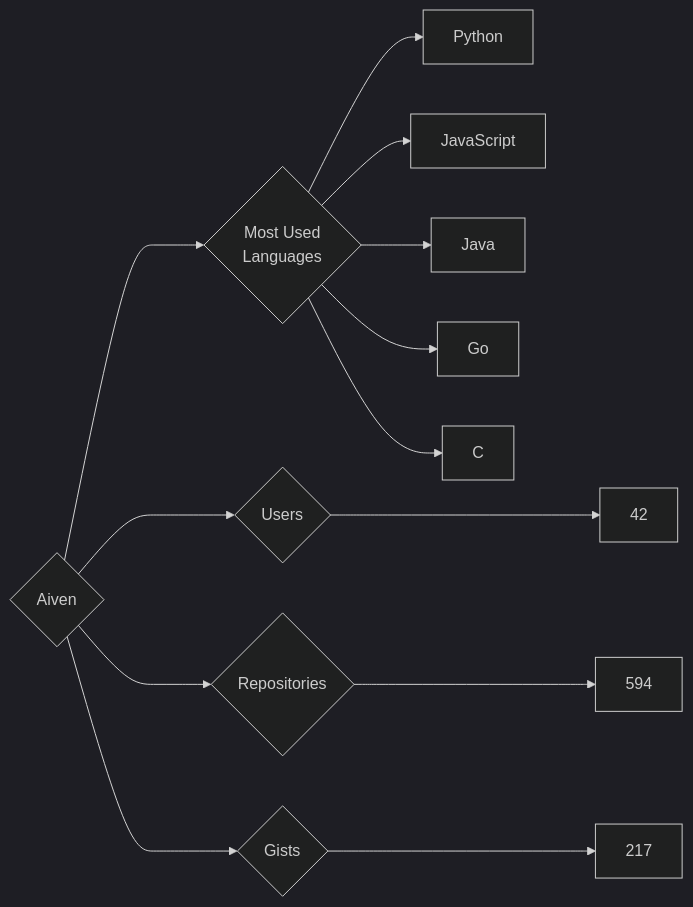
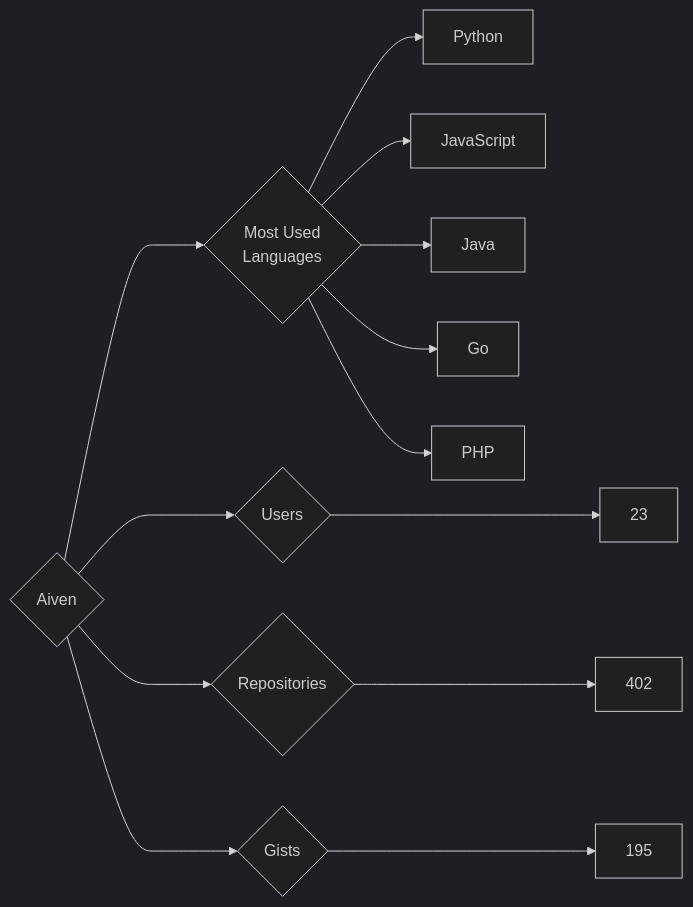
Before and after one commit to trickest/insiders: the diagram in targets/Aiven/README.md, drawn with Mermaid (dark theme). The commit also changed 888 other files, not shown here.

````diff
--- a/targets/Aiven/README.md
+++ b/targets/Aiven/README.md
@@ -3,13 +3,13 @@
 ```mermaid
 graph LR
 COMPANY_NAME{Aiven}
-COMPANY_NAME ---> U{Users} ---> UN[42]
-COMPANY_NAME ---> R{Repositories} ---> RN[594]
-COMPANY_NAME ---> G{Gists} ---> GN[217]
+COMPANY_NAME ---> U{Users} ---> UN[23]
+COMPANY_NAME ---> R{Repositories} ---> RN[402]
+COMPANY_NAME ---> G{Gists} ---> GN[195]
 COMPANY_NAME ---> ML{Most Used<br>Languages}
 ML --> Python[Python]
 ML --> JavaScript[JavaScript]
 ML --> Java[Java]
 ML --> Go[Go]
-ML --> C[C]
+ML --> PHP[PHP]
 ```
````
